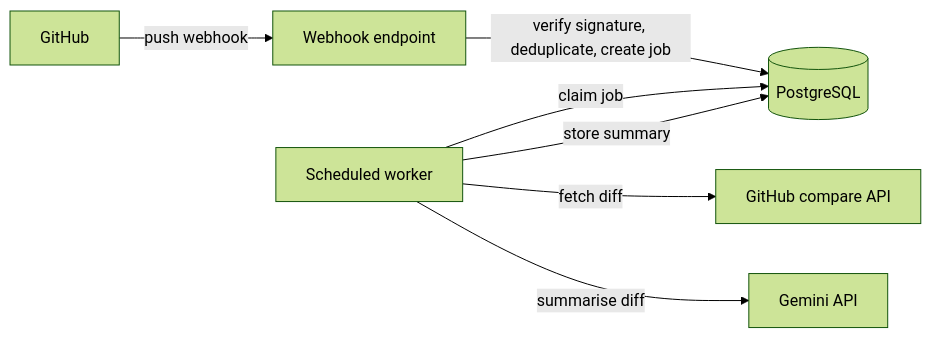
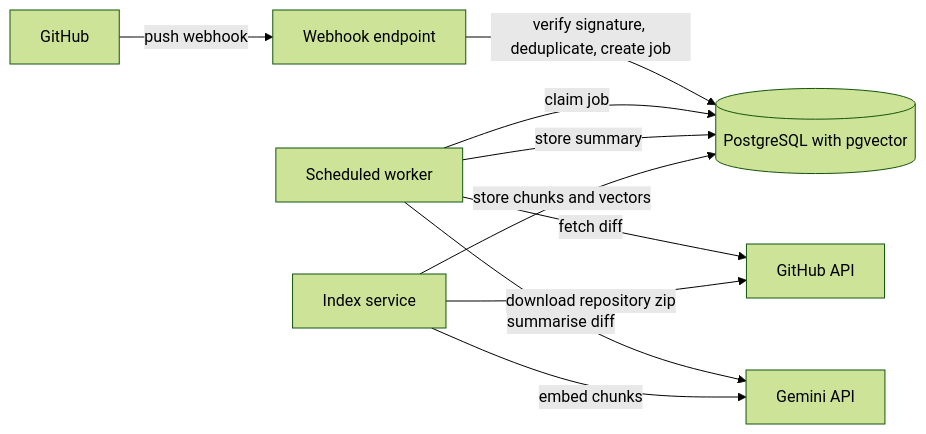
One commit to mzaidiii/Ripple changed the first of 4 diagrams in Readme.md. Above: the diagram before and after it, drawn with Mermaid (forest theme). The commit also changed other lines of this file and 1 other file, not shown here.

````diff
--- a/Readme.md
+++ b/Readme.md
@@ -15,9 +17,12 @@
 ```mermaid
 flowchart LR
     GH["GitHub"] -->|"push webhook"| API["Webhook endpoint"]
-    API -->|"verify signature, deduplicate, create job"| DB[("PostgreSQL")]
+    API -->|"verify signature, deduplicate, create job"| DB[("PostgreSQL with pgvector")]
     W["Scheduled worker"] -->|"claim job"| DB
-    W -->|"fetch diff"| GHAPI["GitHub compare API"]
+    W -->|"fetch diff"| GHAPI["GitHub API"]
     W -->|"summarise diff"| LLM["Gemini API"]
     W -->|"store summary"| DB
+    IDX["Index service"] -->|"download repository zip"| GHAPI
+    IDX -->|"embed chunks"| LLM
+    IDX -->|"store chunks and vectors"| DB
 ```
````
